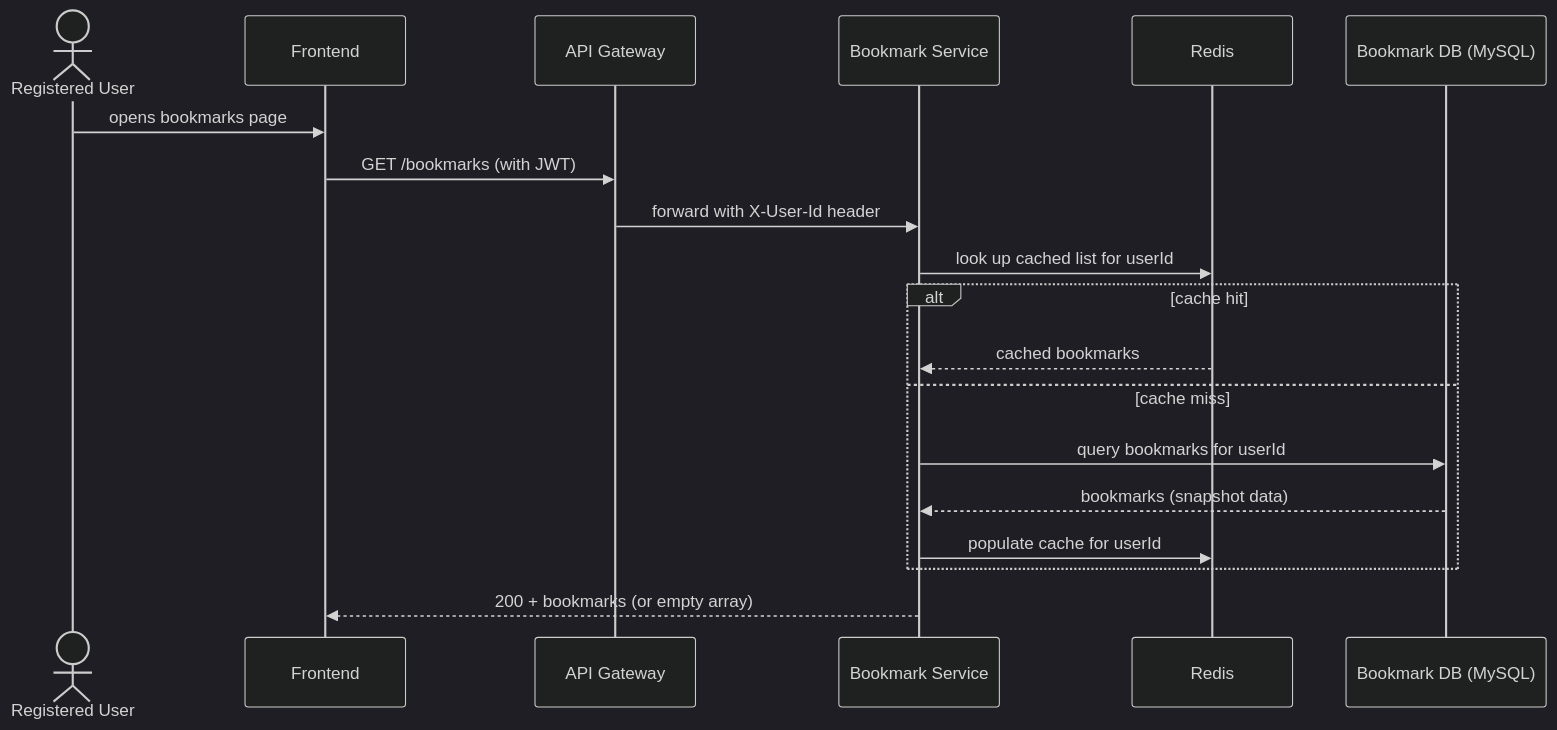
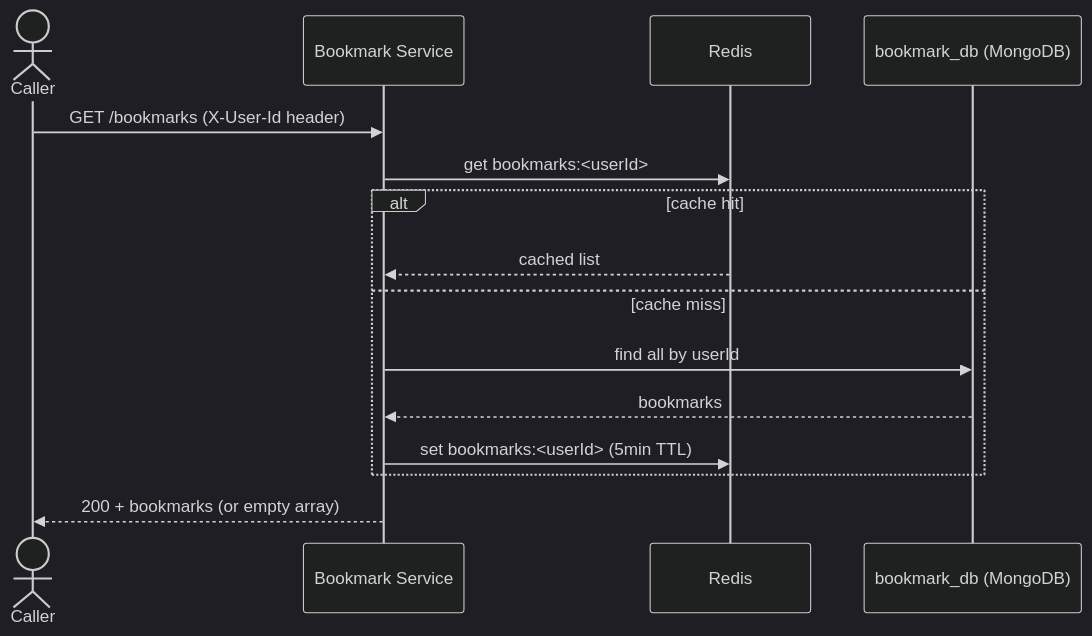
Before and after one commit to mathaisjustin/cardiac-diagonistics: the second of 3 diagrams in docs/01-services/bookmark-service/flows.md, drawn with Mermaid (dark theme). The commit also changed other lines of this file and 29 other files, not shown here.

````diff
--- a/docs/01-services/bookmark-service/flows.md
+++ b/docs/01-services/bookmark-service/flows.md
@@ -50,24 +27,18 @@
 ```mermaid
 sequenceDiagram
-    actor U as Registered User
-    participant FE as Frontend
-    participant GW as API Gateway
+    actor U as Caller
     participant B as Bookmark Service
     participant R as Redis
-    participant DB as Bookmark DB (MySQL)
+    participant DB as bookmark_db (MongoDB)
 
-    U->>FE: opens bookmarks page
-    FE->>GW: GET /bookmarks (with JWT)
-    GW->>B: forward with X-User-Id header
-    B->>R: look up cached list for userId
-
+    U->>B: GET /bookmarks (X-User-Id header)
+    B->>R: get bookmarks:<userId>
     alt cache hit
-        R-->>B: cached bookmarks
+        R-->>B: cached list
     else cache miss
-        B->>DB: query bookmarks for userId
-        DB-->>B: bookmarks (snapshot data)
-        B->>R: populate cache for userId
+        B->>DB: find all by userId
+        DB-->>B: bookmarks
+        B->>R: set bookmarks:<userId> (5min TTL)
     end
-
-    B-->>FE: 200 + bookmarks (or empty array)
+    B-->>U: 200 + bookmarks (or empty array)
 ```
````
